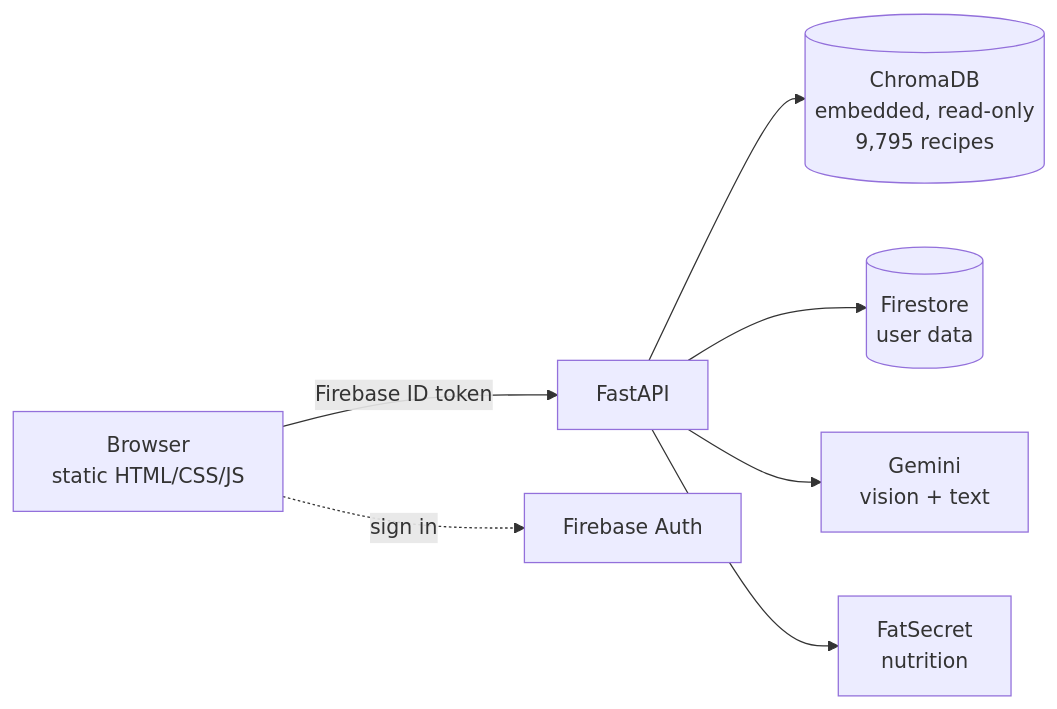
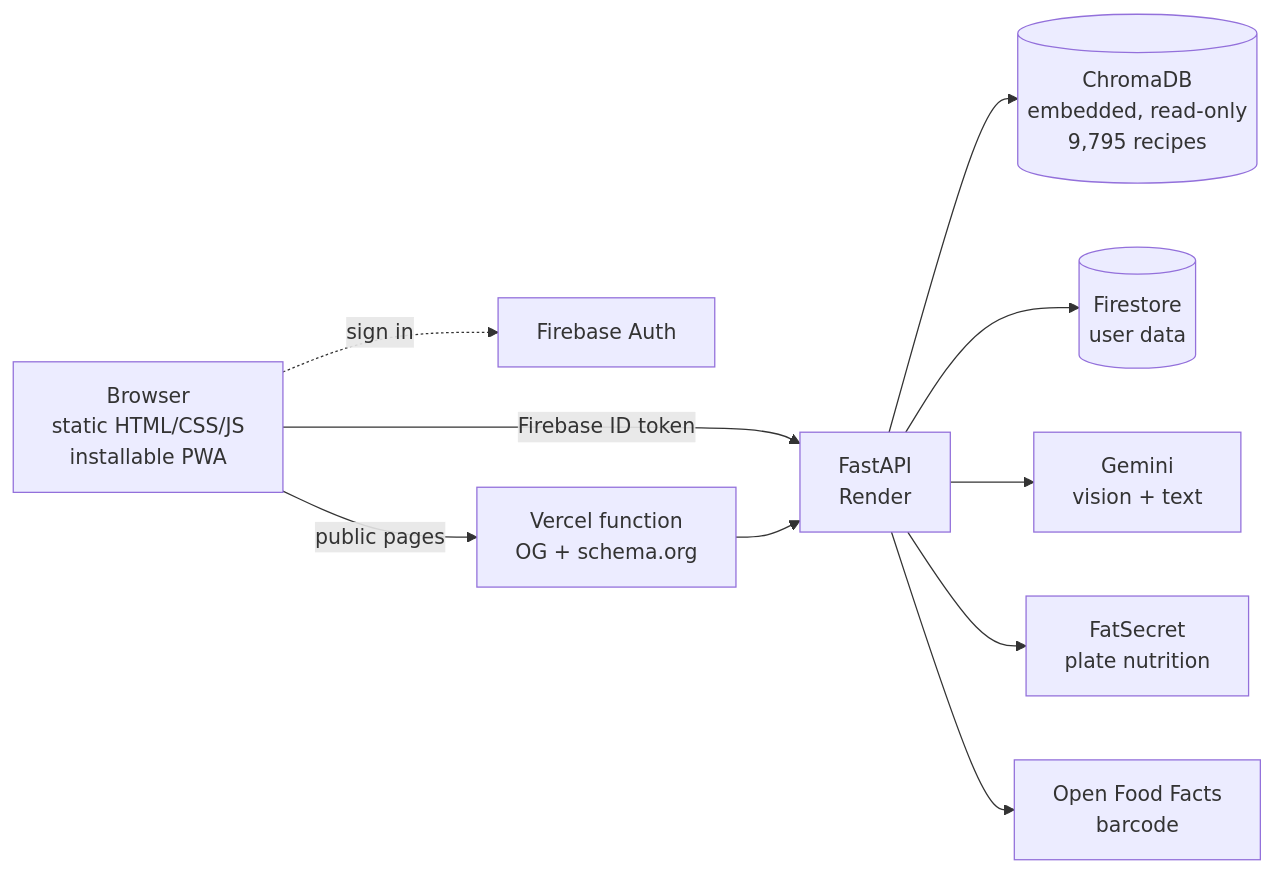
The diagram in README.md (gokdeniznarin/recipe-rag-assistant), drawn with Mermaid before and after one commit. The commit also changed other lines of this file, not shown here.

````diff
--- a/README.md
+++ b/README.md
@@ -29,9 +33,12 @@
 ```mermaid
 flowchart LR
-    U[Browser<br/>static HTML/CSS/JS] -->|Firebase ID token| API[FastAPI]
+    U[Browser<br/>static HTML/CSS/JS<br/>installable PWA] -->|Firebase ID token| API[FastAPI<br/>Render]
     U -.->|sign in| FB[Firebase Auth]
+    U -->|public pages| SSR[Vercel function<br/>OG + schema.org]
+    SSR --> API
     API --> CH[(ChromaDB<br/>embedded, read-only<br/>9,795 recipes)]
     API --> FS[(Firestore<br/>user data)]
     API --> G[Gemini<br/>vision + text]
-    API --> N[FatSecret<br/>nutrition]
+    API --> N[FatSecret<br/>plate nutrition]
+    API --> OFF[Open Food Facts<br/>barcode]
 ```
````
